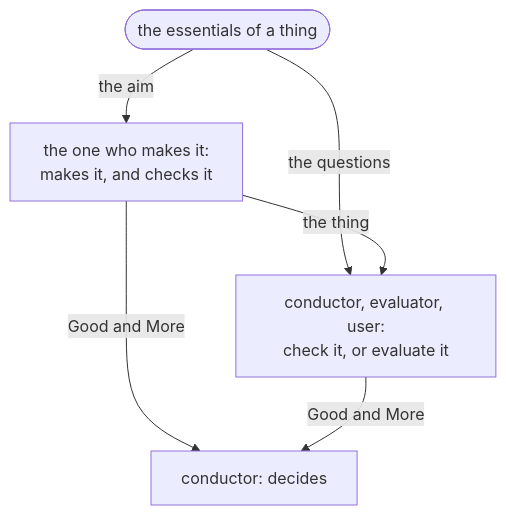
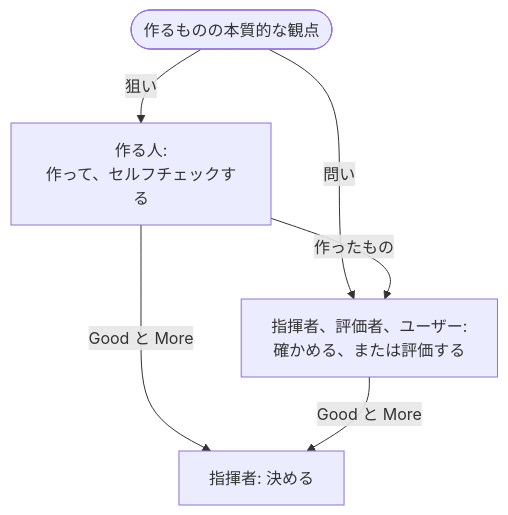
Before and after one commit to lovaizu/ccpm: the fourth of 4 diagrams in rn/docs/design.md, drawn with Mermaid. The commit also changed other lines of this file, not shown here.

````diff
--- a/rn/docs/design.md
+++ b/rn/docs/design.md
@@ -160,12 +135,12 @@
 ```mermaid
 flowchart TD
-    E(["the essentials of a thing"])
-    M["the one who makes it:<br/>makes it, and checks it"]
-    V["conductor, evaluator, user:<br/>check it, or evaluate it"]
-    C["conductor: decides"]
-    E -->|the aim| M
-    E -->|the questions| V
-    M -->|the thing| V
-    M -->|Good and More| C
-    V -->|Good and More| C
+    E(["作るものの本質的な観点"])
+    M["作る人:<br/>作って、セルフチェックする"]
+    V["指揮者、評価者、ユーザー:<br/>確かめる、または評価する"]
+    C["指揮者: 決める"]
+    E -->|狙い| M
+    E -->|問い| V
+    M -->|作ったもの| V
+    M -->|Good と More| C
+    V -->|Good と More| C
 ```
````
